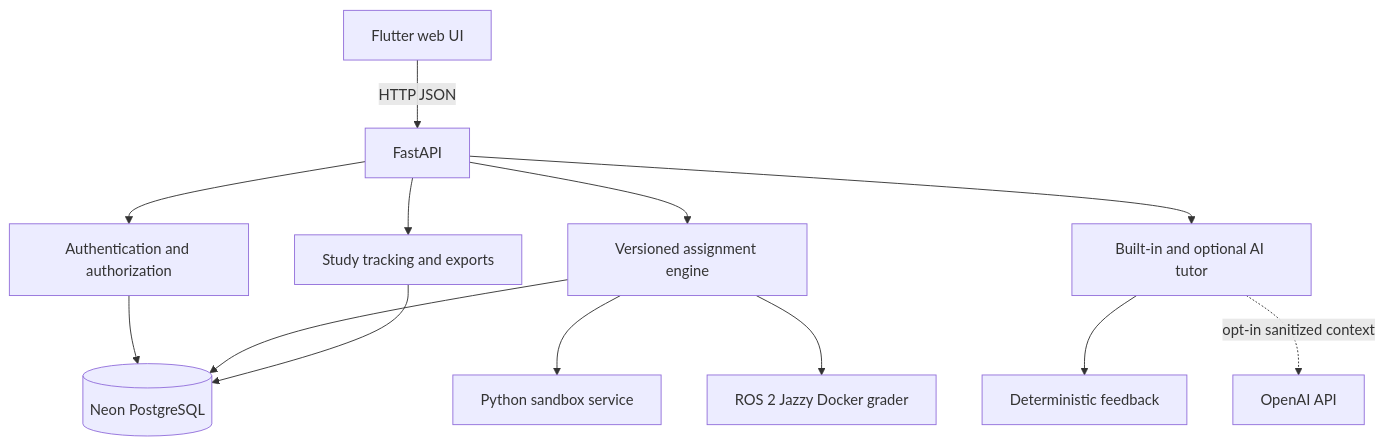
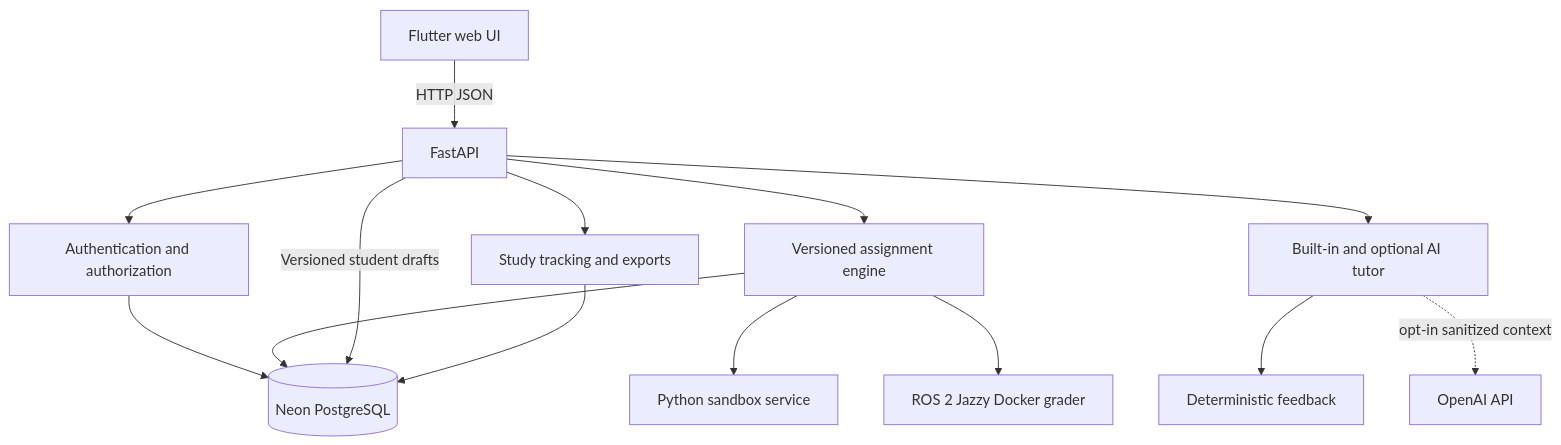
One commit to CS-Ponkoj/Robotics-Programming-Lab-Live changed the second of 2 diagrams in README.md. Above: the diagram before and after it, drawn with Mermaid. The commit also changed other lines of this file and 21 other files, not shown here.

````diff
--- a/README.md
+++ b/README.md
@@ -128,15 +129,16 @@
 ```mermaid
 flowchart TB
     Browser[Flutter web UI] -->|HTTP JSON| API[FastAPI]
     API --> Auth[Authentication and authorization]
     API --> Engine[Versioned assignment engine]
     API --> Tutor[Built-in and optional AI tutor]
     API --> Research[Study tracking and exports]
     Auth --> DB[(Neon PostgreSQL)]
     Engine --> DB
+    API -->|Versioned student drafts| DB
     Research --> DB
     Engine --> PythonSandbox[Python sandbox service]
     Engine --> ROS[ROS 2 Jazzy Docker grader]
     Tutor --> BuiltIn[Deterministic feedback]
     Tutor -. opt-in sanitized context .-> OpenAI[OpenAI API]
 ```
````
